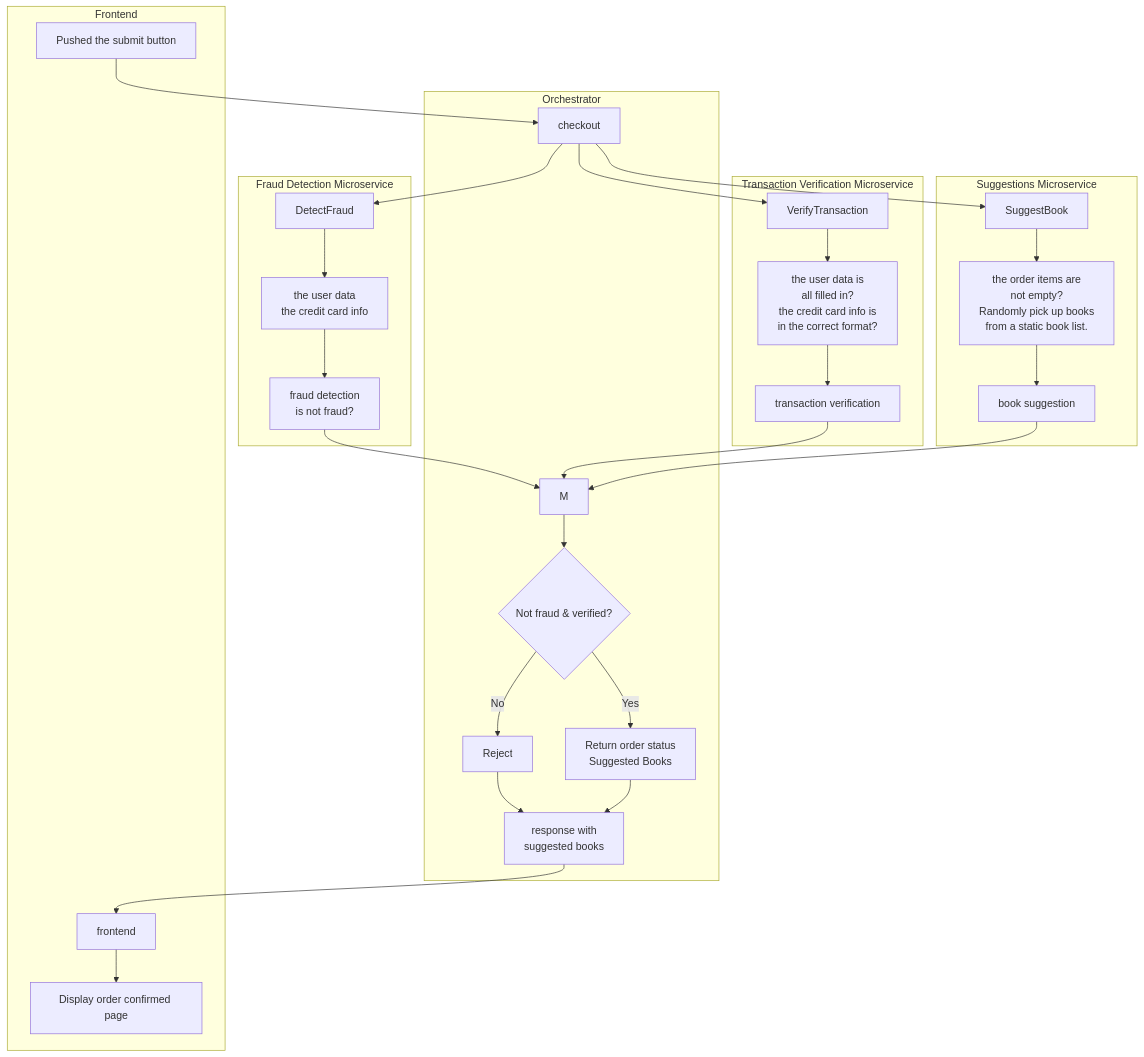
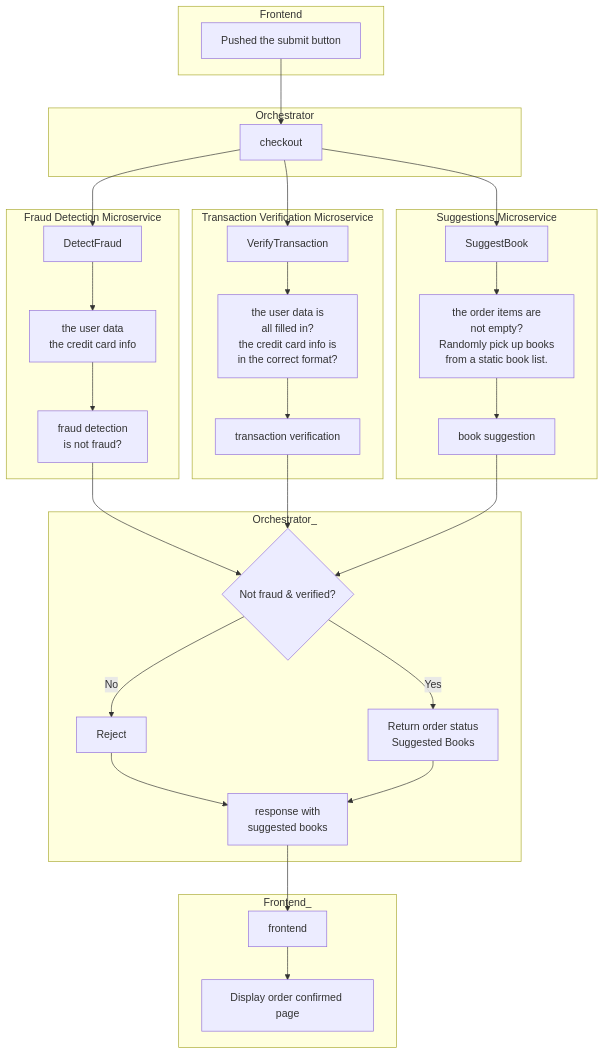
One commit to mharisirfan/ds-practice-2025 changed the second of 2 diagrams in README.md. Above: the diagram before and after it, drawn with Mermaid.

Commit message:
Update flowchart nodes and subgraph names in README

````diff
--- a/README.md
+++ b/README.md
@@ -29,46 +29,46 @@
 ```mermaid
 graph TD
     subgraph Frontend
         B[Pushed the submit button]
     end
 
     subgraph Orchestrator
         B --> C[checkout]
     end
 
     subgraph "Fraud Detection Microservice"
         D[DetectFraud] --> G[the user data<br/>the credit card info]
         G --> J[fraud detection<br/>is not fraud?]
     end
 
     subgraph "Transaction Verification Microservice"
         E[VerifyTransaction] --> H[the user data is<br/>all filled in?<br/>the credit card info is<br/>in the correct format?]
         H --> K[transaction verification]
     end
 
     subgraph "Suggestions Microservice"
         F[SuggestBook] --> I[the order items are<br/>not empty?<br/>Randomly pick up books<br/>from a static book list.]
         I --> L[book suggestion]
     end
 
     C --> D
     C --> E
     C --> F
 
-    J --> M
-    K --> M
-    L --> M
+    J --> N
+    K --> N
+    L --> N
 
-    subgraph Orchestrator
-    M --> N{Not fraud & verified?}
+    subgraph Orchestrator_
+    N{Not fraud & verified?}
     N -->|No| O[Reject]
     N -->|Yes| P[Return order status<br/>Suggested Books]
     O --> Q[response with<br/>suggested books]
     P --> Q
     end
 
-    subgraph Frontend
+    subgraph Frontend_
     Q --> R[frontend]
     R --> S[Display order confirmed page]
     end
 ```
````
